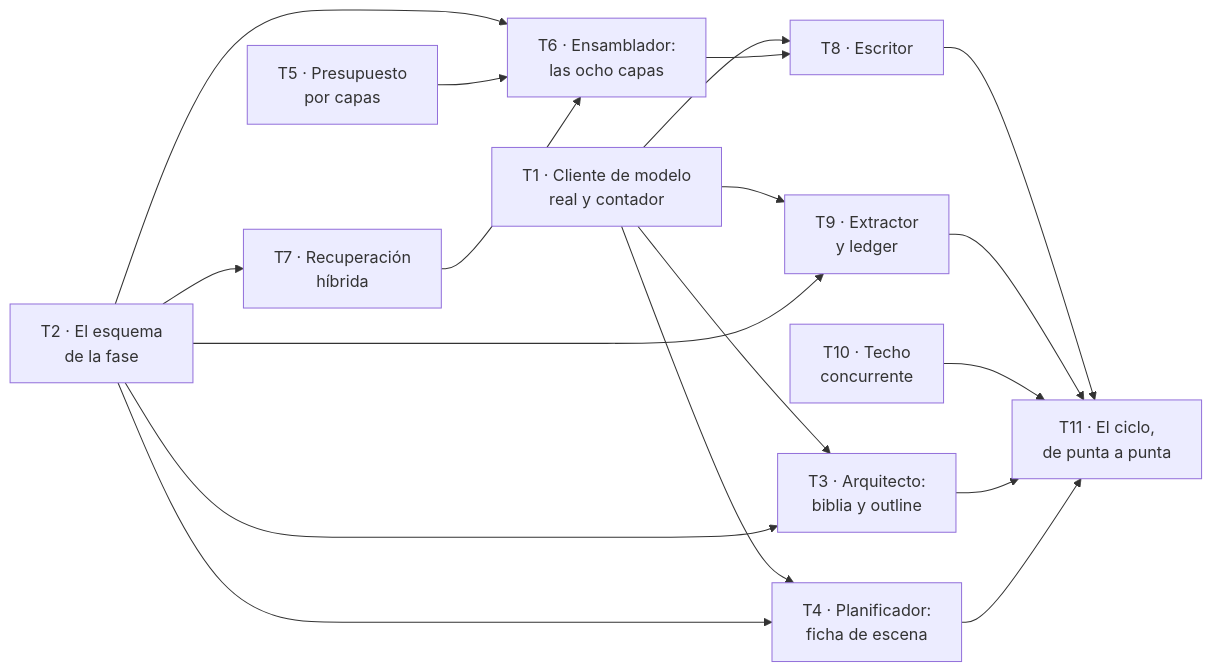
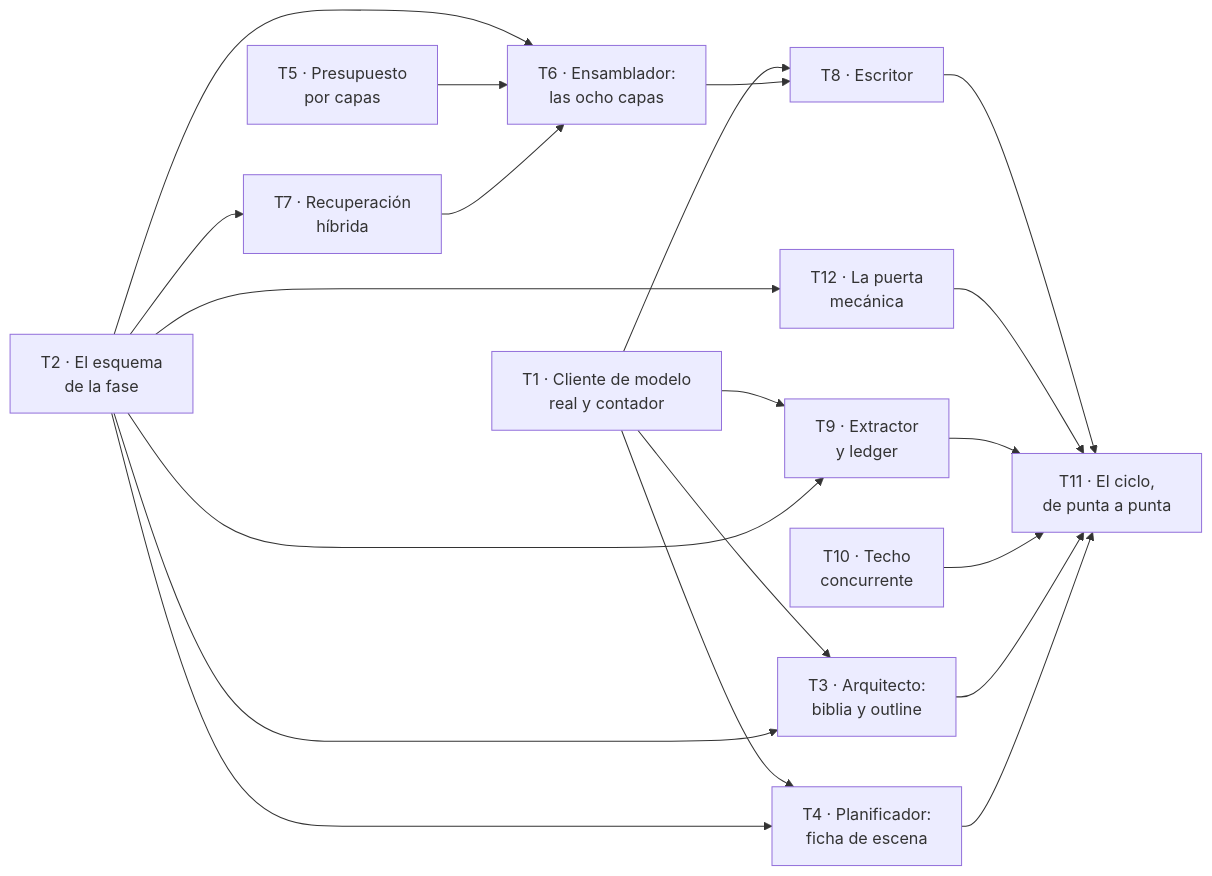
One commit to maujimenez4/ciberpunk-storymaker changed the diagram in specs/001-backend-v1/plan-2-capitulo.md. Above: the diagram before and after it, drawn with Mermaid. The commit also changed other lines of this file, not shown here.

First line of the commit message:
Plan 2: cerradas las tres preguntas abiertas, y entra la puerta mecanica

````diff
--- a/specs/001-backend-v1/plan-2-capitulo.md
+++ b/specs/001-backend-v1/plan-2-capitulo.md
@@ -58,32 +58,35 @@
 ```mermaid
 flowchart LR
   T1["T1 · Cliente de modelo<br/>real y contador"]
   T2["T2 · El esquema<br/>de la fase"]
   T5["T5 · Presupuesto<br/>por capas"]
   T10["T10 · Techo<br/>concurrente"]
   T3["T3 · Arquitecto:<br/>biblia y outline"]
   T4["T4 · Planificador:<br/>ficha de escena"]
   T7["T7 · Recuperación<br/>híbrida"]
   T9["T9 · Extractor<br/>y ledger"]
   T6["T6 · Ensamblador:<br/>las ocho capas"]
   T8["T8 · Escritor"]
+  T12["T12 · La puerta<br/>mecánica"]
   T11["T11 · El ciclo,<br/>de punta a punta"]
 
   T1 --> T3
   T1 --> T4
   T1 --> T8
   T1 --> T9
   T2 --> T3
   T2 --> T4
   T2 --> T7
   T2 --> T9
+  T2 --> T12
   T2 --> T6
   T5 --> T6
   T7 --> T6
   T6 --> T8
   T8 --> T11
+  T12 --> T11
   T9 --> T11
   T10 --> T11
   T3 --> T11
   T4 --> T11
 ```
````
